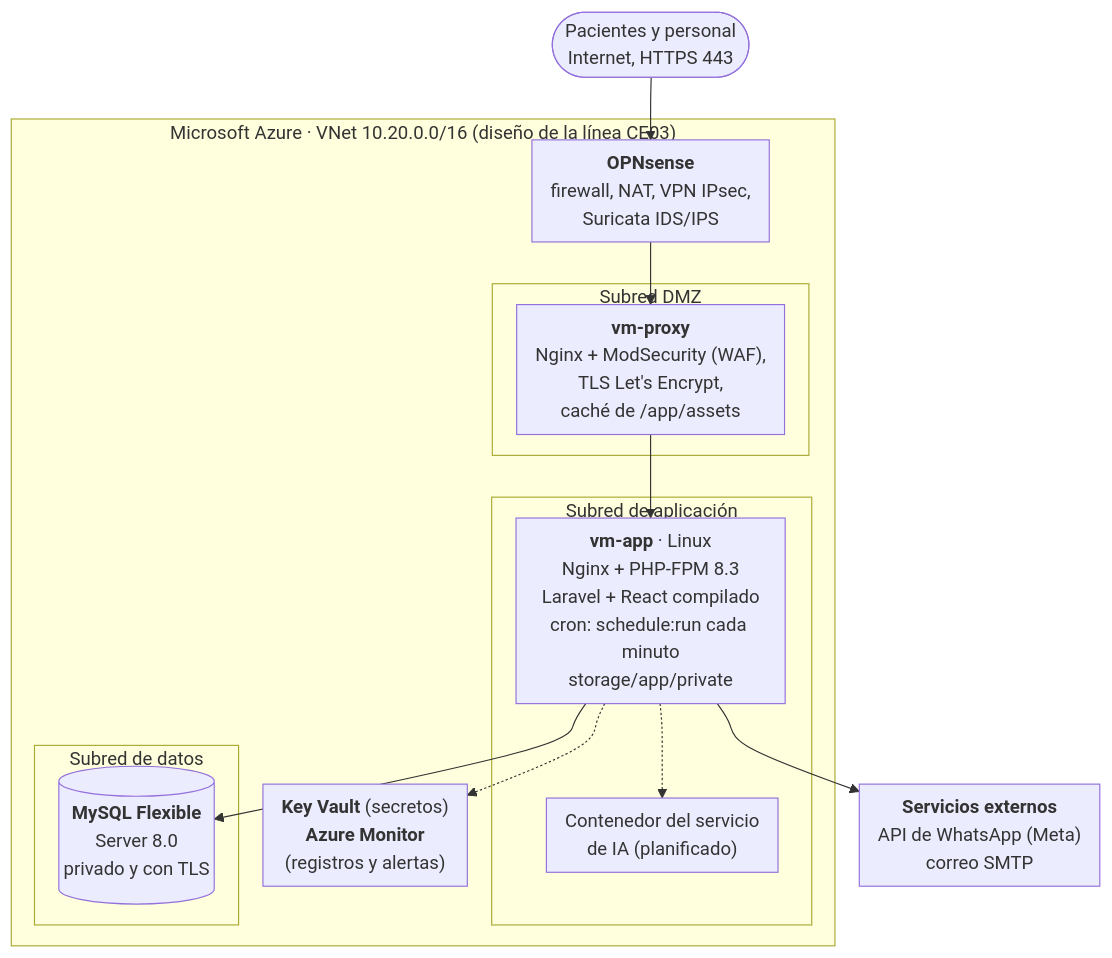
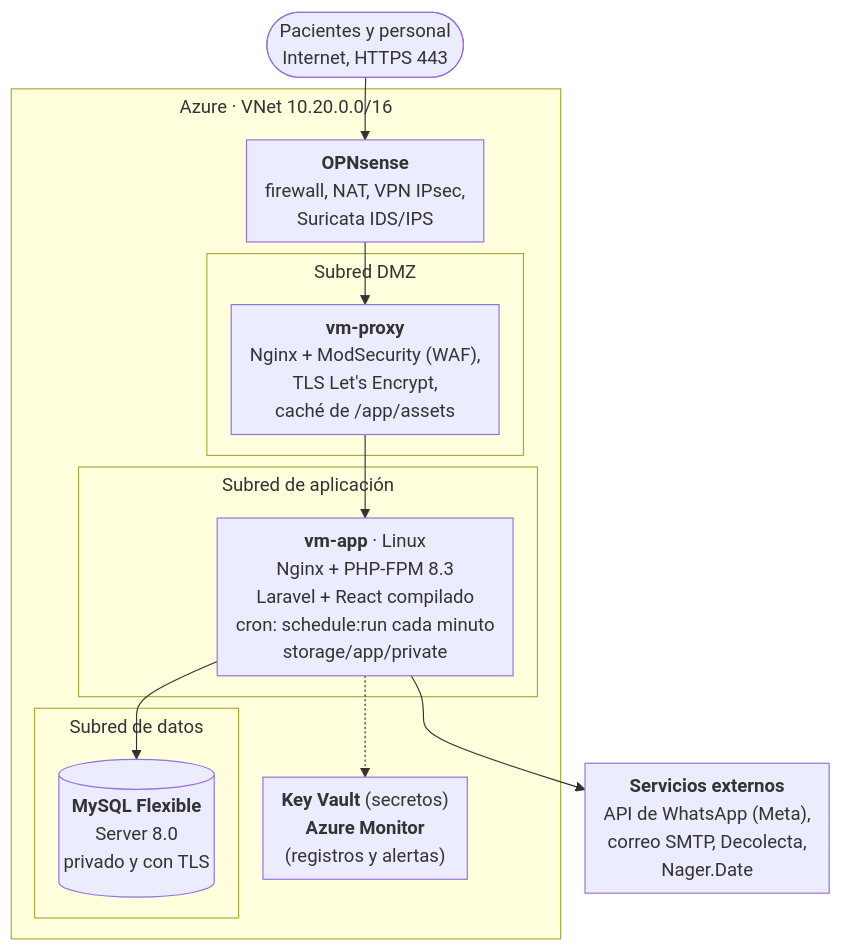
The fifth of 15 diagrams in docs/entregables/E1-requerimientos-y-diseno/E1-documento.md (francalizaya266-sudo/venga-implantes), drawn with Mermaid before and after one commit. The commit also changed other lines of this file and 19 other files, not shown here.

First line of the commit message:
docs(E1): sacar la app móvil y la IA del alcance y sumar lo que entró después

````diff
--- a/docs/entregables/E1-requerimientos-y-diseno/E1-documento.md
+++ b/docs/entregables/E1-requerimientos-y-diseno/E1-documento.md
@@ -464,25 +471,23 @@
 ```mermaid
-%%{init: {"flowchart": {"nodeSpacing": 22, "rankSpacing": 36, "padding": 8}}}%%
+%%{init: {"flowchart": {"nodeSpacing": 22, "rankSpacing": 36, "padding": 8, "subGraphTitleMargin": {"top": 4, "bottom": 22}, "wrappingWidth": 400}}}%%
 flowchart TB
   usr(["Pacientes y personal<br/>Internet, HTTPS 443"])
-  subgraph az["Microsoft Azure · VNet 10.20.0.0/16 (diseño de la línea CE03)"]
+  subgraph az["Azure · VNet 10.20.0.0/16"]
     fw["<b>OPNsense</b><br/>firewall, NAT, VPN IPsec,<br/>Suricata IDS/IPS"]
     subgraph dmz["Subred DMZ"]
       px["<b>vm-proxy</b><br/>Nginx + ModSecurity (WAF),<br/>TLS Let's Encrypt,<br/>caché de /app/assets"]
     end
     subgraph snapp["Subred de aplicación"]
       va["<b>vm-app</b> · Linux<br/>Nginx + PHP-FPM 8.3<br/>Laravel + React compilado<br/>cron: schedule:run cada minuto<br/>storage/app/private"]
-      iac["Contenedor del servicio<br/>de IA (planificado)"]
     end
     subgraph snd["Subred de datos"]
       my[("<b>MySQL Flexible</b><br/>Server 8.0<br/>privado y con TLS")]
     end
     ops["<b>Key Vault</b> (secretos)<br/><b>Azure Monitor</b><br/>(registros y alertas)"]
   end
-  ext["<b>Servicios externos</b><br/>API de WhatsApp (Meta)<br/>correo SMTP"]
+  ext["<b>Servicios externos</b><br/>API de WhatsApp (Meta),<br/>correo SMTP, Decolecta,<br/>Nager.Date"]
   usr --> fw --> px --> va
   va --> my
-  va -.-> iac
   va -.-> ops
   va --> ext
 ```
````
